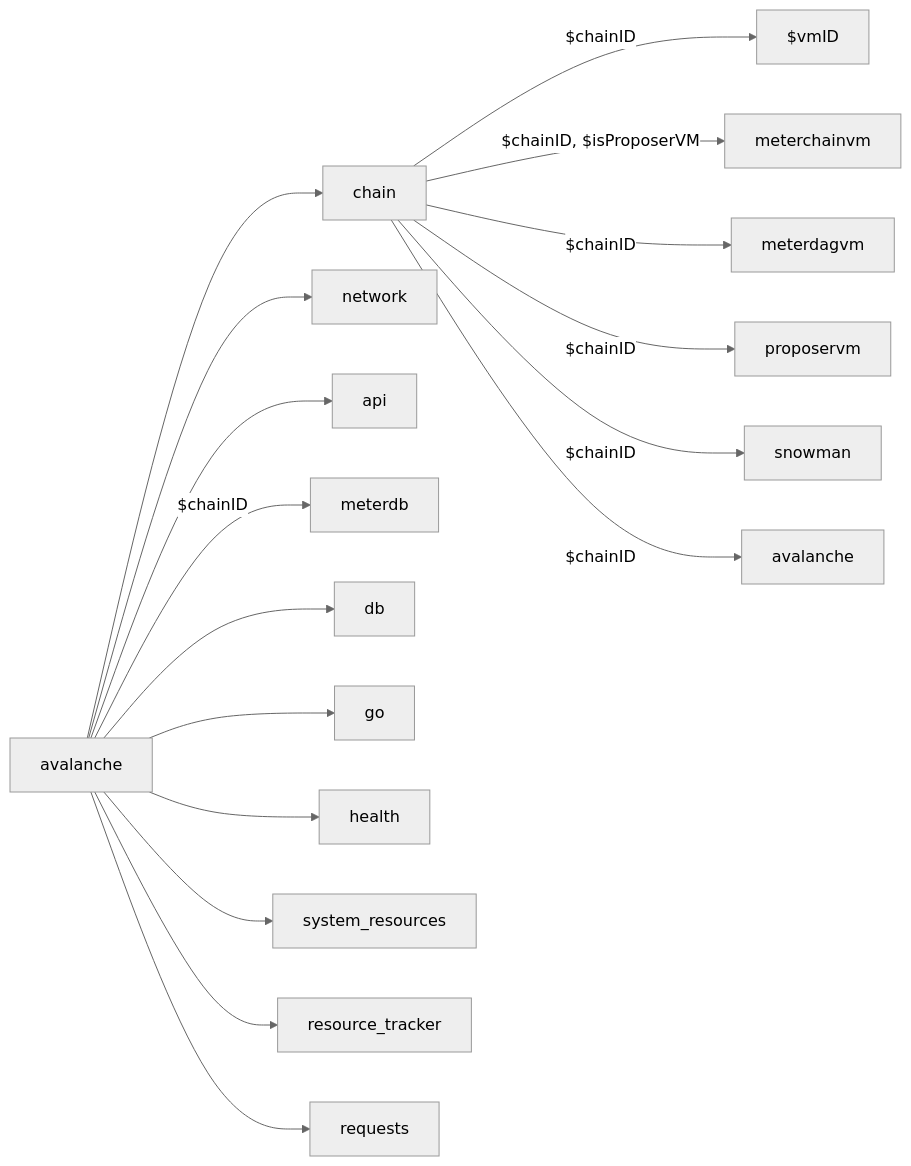
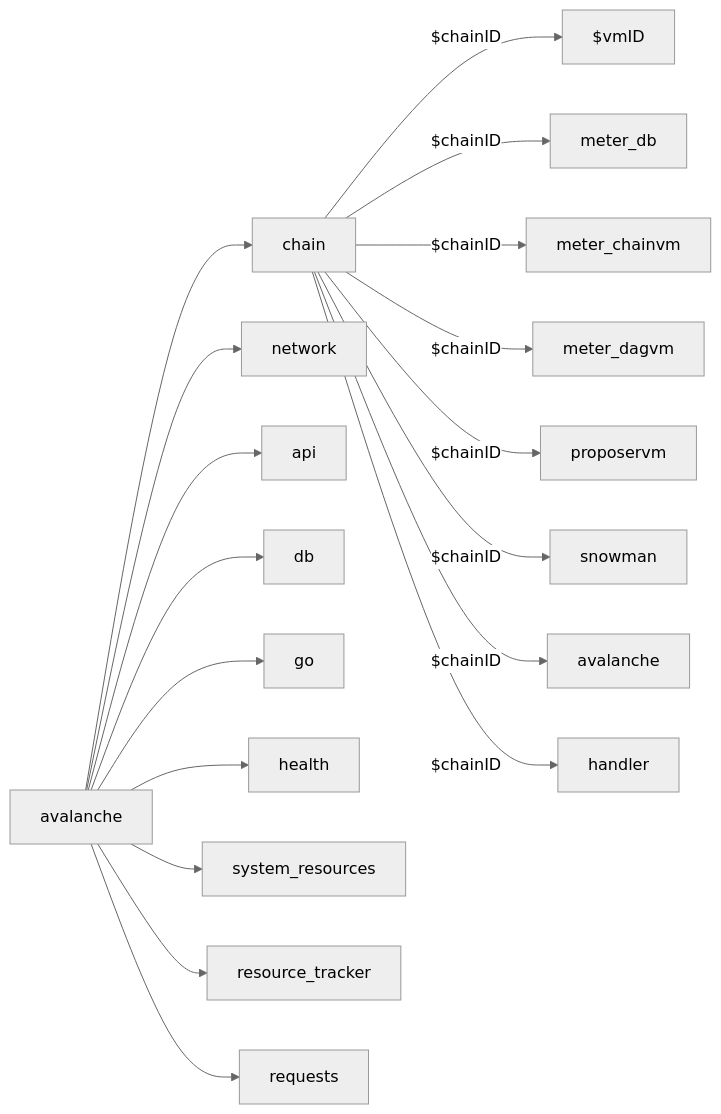
The diagram in api/metrics/README.md (ava-labs/avalanchego), drawn with Mermaid (neutral theme) before and after one commit. The commit also changed 12 other files, not shown here.

````diff
--- a/api/metrics/README.md
+++ b/api/metrics/README.md
@@ -3,19 +3,20 @@
 ```mermaid
 graph LR
     A[avalanche] --> B[chain]
     A --> C[network]
     A --> D[api]
-    A -- $chainID --> E[meterdb]
-    A --> F[db]
-    A --> G[go]
-    A --> H[health]
-    A --> I[system_resources]
-    A --> J[resource_tracker]
-    A --> K[requests]
-    B -- $chainID --> L[$vmID]
-    B -- $chainID, $isProposerVM --> M[meterchainvm]
-    B -- $chainID --> N[meterdagvm]
+    A --> E[db]
+    A --> F[go]
+    A --> G[health]
+    A --> H[system_resources]
+    A --> I[resource_tracker]
+    A --> J[requests]
+    B -- $chainID --> K[$vmID]
+    B -- $chainID --> L[meter_db]
+    B -- $chainID --> M[meter_chainvm]
+    B -- $chainID --> N[meter_dagvm]
     B -- $chainID --> O[proposervm]
     B -- $chainID --> P[snowman]
     B -- $chainID --> Q[avalanche]
+    B -- $chainID --> R[handler]
 ```
````
